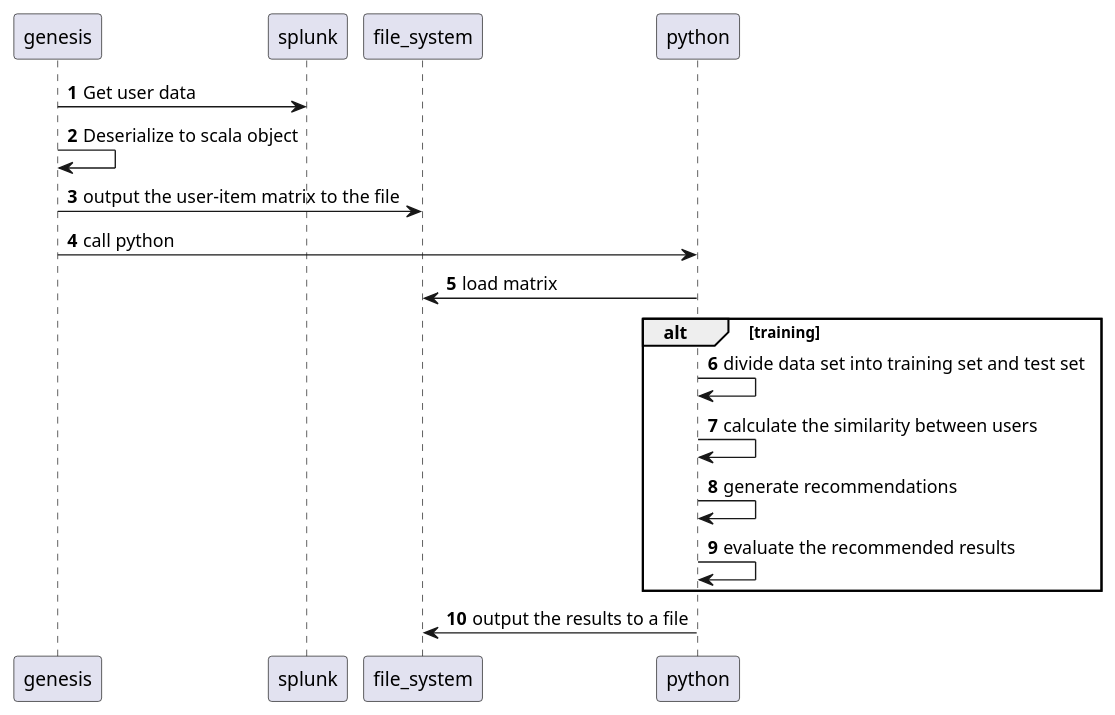
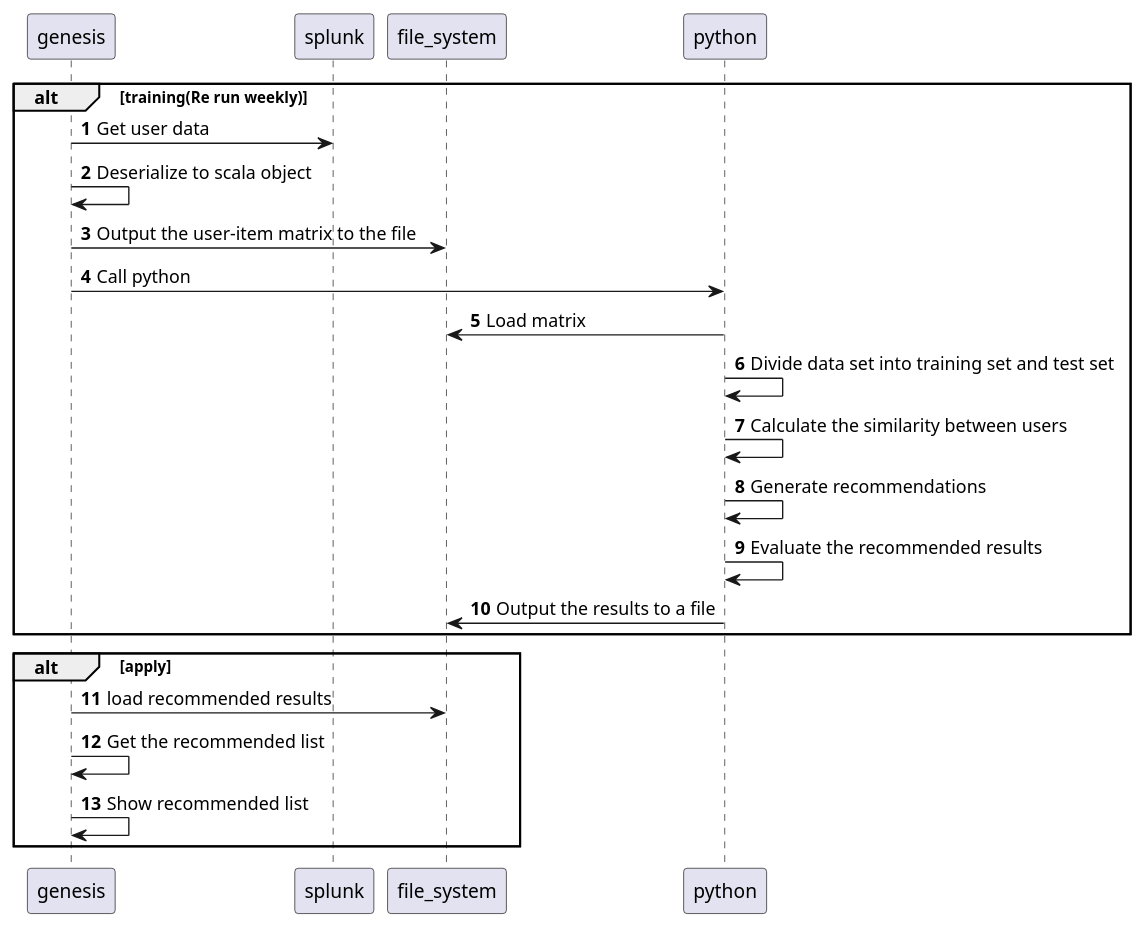
One commit to 873696121/MovieRecommendation changed the diagram in uml.puml. Above: the diagram before and after it, drawn with PlantUML.

Commit message:
temp save

```diff
--- a/uml.puml
+++ b/uml.puml
@@ -1,21 +1,27 @@
 @startuml
 autonumber
 participant genesis
 participant splunk
 participant file_system
 participant python
 
+alt training(Re run weekly)
 genesis -> splunk: Get user data
 genesis -> genesis: Deserialize to scala object
-genesis -> file_system: output the user-item matrix to the file
-genesis -> python : call python
-python -> file_system: load matrix
-alt training
-python -> python: divide data set into training set and test set
-python -> python: calculate the similarity between users
-python -> python: generate recommendations
-python -> python: evaluate the recommended results
+genesis -> file_system: Output the user-item matrix to the file
+genesis -> python : Call python
+python -> file_system: Load matrix
+python -> python: Divide data set into training set and test set
+python -> python: Calculate the similarity between users
+python -> python: Generate recommendations
+python -> python: Evaluate the recommended results
+python -> file_system: Output the results to a file
 end
-python -> file_system: output the results to a file
+
+alt apply
+genesis -> file_system: load recommended results
+genesis -> genesis: Get the recommended list
+genesis -> genesis: Show recommended list
+end
 
 @enduml
```
